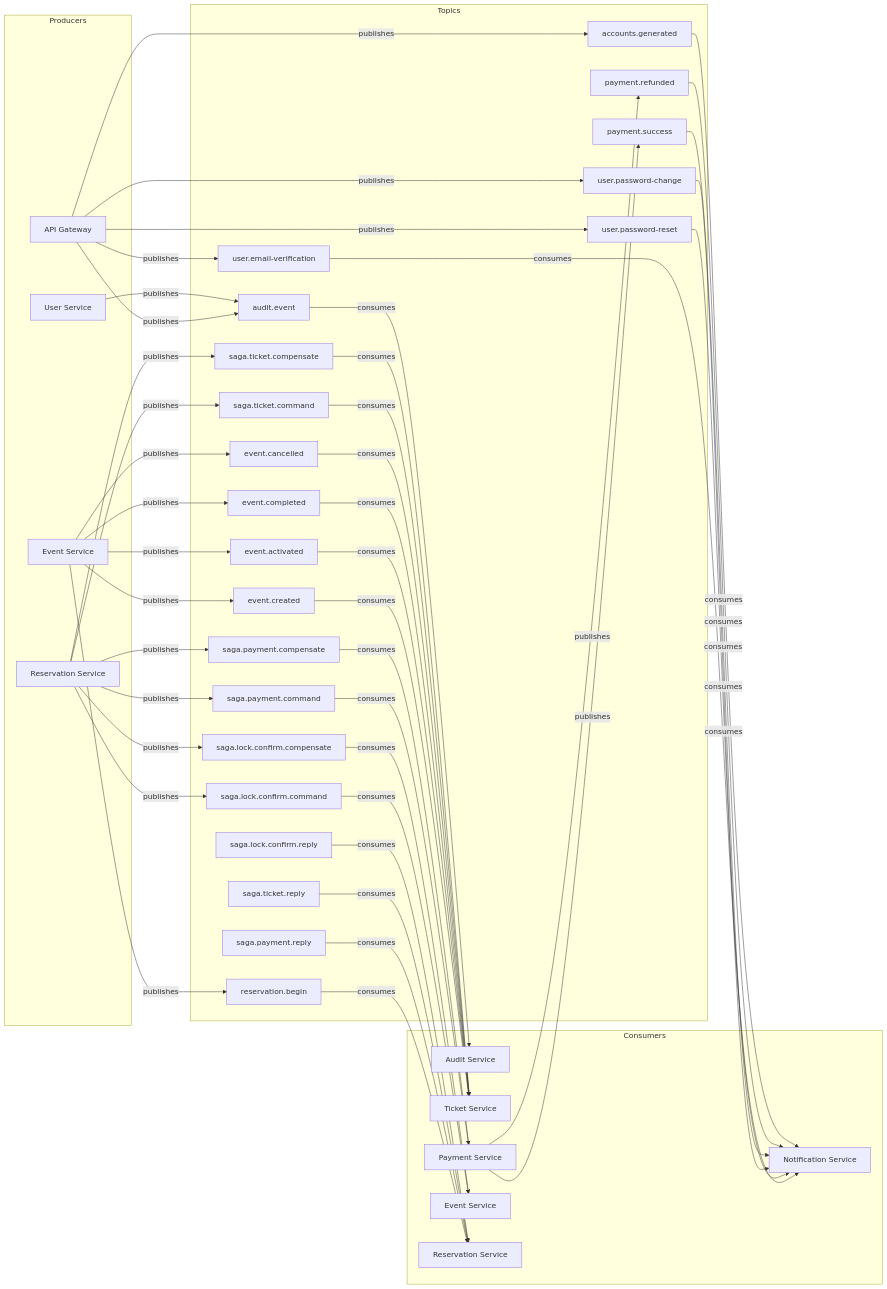
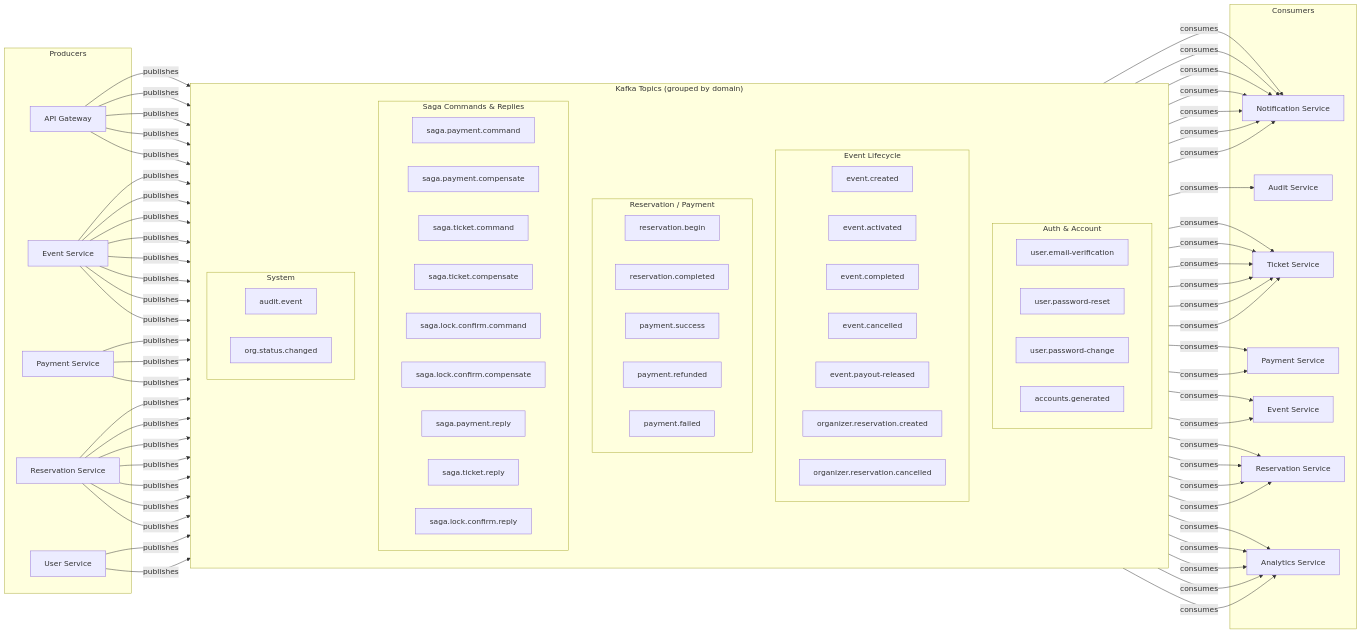
The second of 2 diagrams in docs/architecture/system-architecture.md (Ticket-Souq/TicketSouq), drawn with Mermaid before and after one commit. The commit also changed other lines of this file and 23 other files, not shown here.

````diff
--- a/docs/architecture/system-architecture.md
+++ b/docs/architecture/system-architecture.md
@@ -83,30 +86,53 @@
     US_P["User Service"]
     ES_P["Event Service"]
     RS_P["Reservation Service"]
+    PS_P["Payment Service"]
   end
 
-  subgraph Topics
-    T1["user.email-verification"]
-    T2["user.password-reset"]
-    T3["user.password-change"]
-    T4["accounts.generated"]
-    T5["event.created"]
-    T6["event.activated"]
-    T7["event.completed"]
-    T8["event.cancelled"]
-    T9["payment.success"]
-    T10["payment.refunded"]
-    T11["reservation.begin"]
-    T12["saga.payment.command"]
-    T13["saga.payment.reply"]
-    T14["saga.payment.compensate"]
-    T15["saga.ticket.command"]
-    T16["saga.ticket.reply"]
-    T17["saga.ticket.compensate"]
-    T18["saga.lock.confirm.command"]
-    T19["saga.lock.confirm.compensate"]
-    T20["saga.lock.confirm.reply"]
-    T21["audit.event"]
+  subgraph Topics["Kafka Topics (grouped by domain)"]
+    direction TB
+    subgraph AUTH["Auth & Account"]
+      direction LR
+      T1["user.email-verification"]
+      T2["user.password-reset"]
+      T3["user.password-change"]
+      T4["accounts.generated"]
+    end
+    subgraph EVT["Event Lifecycle"]
+      direction LR
+      T5["event.created"]
+      T6["event.activated"]
+      T7["event.completed"]
+      T8["event.cancelled"]
+      T22["event.payout-released"]
+      T25["organizer.reservation.created"]
+      T26["organizer.reservation.cancelled"]
+    end
+    subgraph SAGA["Reservation / Payment"]
+      direction LR
+      T11["reservation.begin"]
+      T24["reservation.completed"]
+      T9["payment.success"]
+      T10["payment.refunded"]
+      T23["payment.failed"]
+    end
+    subgraph CMD["Saga Commands & Replies"]
+      direction LR
+      T12["saga.payment.command"]
+      T14["saga.payment.compensate"]
+      T15["saga.ticket.command"]
+      T17["saga.ticket.compensate"]
+      T18["saga.lock.confirm.command"]
+      T19["saga.lock.confirm.compensate"]
+      T13["saga.payment.reply"]
+      T16["saga.ticket.reply"]
+      T20["saga.lock.confirm.reply"]
+    end
+    subgraph SYS["System"]
+      direction LR
+      T21["audit.event"]
+      T27["org.status.changed"]
+    end
   end
 
   subgraph Consumers
@@ -116,59 +142,67 @@
     PS_C["Payment Service"]
     ES_C["Event Service"]
     RS_C["Reservation Service"]
+    AnS_C["Analytics Service"]
   end
 
-  %% Source: shared-module/src/main/java/.../Constants/TOPIC_NAMES.java:9
+  %% Source: shared-module/src/main/java/.../Constants/TOPIC_NAMES.java:9-12
   GW_P -->|publishes| T1
-  %% Source: shared-module/src/main/java/.../Constants/TOPIC_NAMES.java:10
   GW_P -->|publishes| T2
-  %% Source: shared-module/src/main/java/.../Constants/TOPIC_NAMES.java:11
   GW_P -->|publishes| T3
-  %% Source: shared-module/src/main/java/.../Constants/TOPIC_NAMES.java:12
   GW_P -->|publishes| T4
-  %% Source: api-gateway/src/main/java/.../event/AuthEventPublisher.java:27-28
+  %% Source: api-gateway/src/main/java/.../service/AuthService.java:453 (outbox)
   GW_P -->|publishes| T21
 
-  %% Source: shared-module/src/main/java/.../Constants/TOPIC_NAMES.java:15
+  %% Source: shared-module/src/main/java/.../Constants/TOPIC_NAMES.java:15-19
   ES_P -->|publishes| T5
-  %% Source: shared-module/src/main/java/.../Constants/TOPIC_NAMES.java:16
   ES_P -->|publishes| T6
-  %% Source: shared-module/src/main/java/.../Constants/TOPIC_NAMES.java:17
   ES_P -->|publishes| T7
-  %% Source: shared-module/src/main/java/.../Constants/TOPIC_NAMES.java:19
   ES_P -->|publishes| T8
-  %% Source: event-service/src/main/java/.../event/EventEventPublisher.java:31-32
+  %% Source: event-service/src/main/java/.../service/EventService.java:195,206 (outbox)
+  ES_P -->|publishes| T22
+  %% Source: event-service/src/main/java/.../service/LockService.java:263,291 (outbox)
   ES_P -->|publishes| T11
+  %% Source: event-service/src/main/java/.../service/EventService.java:101-102 (outbox)
+  ES_P -->|publishes| T25
+  %% Source: event-service/src/main/java/.../service/EventService.java:227 (outbox)
+  ES_P -->|publishes| T26
 
-  %% Source: shared-module/src/main/java/.../Constants/TOPIC_NAMES.java:22
-  PS_C -->|publishes| T9
-  %% Source: shared-module/src/main/java/.../Constants/TOPIC_NAMES.java:24
-  PS_C -->|publishes| T10
+  %% Source: shared-module/src/main/java/.../Constants/TOPIC_NAMES.java:22-24
+  PS_P -->|publishes| T9
+  %% Source: payment-service/src/main/java/.../service/PaymentService.java:119 (outbox)
+  PS_P -->|publishes| T23
+  PS_P -->|publishes| T10
 
-  %% Source: shared-module/src/main/java/.../Constants/TOPIC_NAMES.java:28-38
+  %% Source: shared-module/src/main/java/.../Constants/TOPIC_NAMES.java:27-39
   RS_P -->|publishes| T12
   RS_P -->|publishes| T14
   RS_P -->|publishes| T15
   RS_P -->|publishes| T17
   RS_P -->|publishes| T18
   RS_P -->|publishes| T19
+  %% Source: reservation-service/src/main/java/.../core/SagaOrchestrator.java:292-303 (outbox)
+  RS_P -->|publishes| T24
 
-  %% Source: user-service/src/main/java/.../event/UserEventPublisher.java:24-25
+  %% Source: user-service/src/main/java/.../service/OrganizationService.java:42-45 (outbox)
   US_P -->|publishes| T21
+  %% Source: user-service/src/main/java/.../service/OrganizationService.java:47-53 (outbox)
+  US_P -->|publishes| T27
 
   %% Consumers
-  %% Source: notification-service/src/main/java/.../event/NotificationEventConsumer.java:24
+  %% Source: notification-service/src/main/java/.../event/NotificationEventConsumer.java:47
   T1 -->|consumes| NS_C
-  %% Source: notification-service/src/main/java/.../event/NotificationEventConsumer.java:36
+  %% Source: notification-service/src/main/java/.../event/NotificationEventConsumer.java:37
   T2 -->|consumes| NS_C
-  %% Source: notification-service/src/main/java/.../event/NotificationEventConsumer.java:41
+  %% Source: notification-service/src/main/java/.../event/NotificationEventConsumer.java:42
   T3 -->|consumes| NS_C
-  %% Source: notification-service/src/main/java/.../event/NotificationEventConsumer.java:30
-  T9 -->|consumes| NS_C
-  %% Source: notification-service/src/main/java/.../event/NotificationEventConsumer.java:24
+  %% Source: notification-service/src/main/java/.../event/NotificationEventConsumer.java:25
   T10 -->|consumes| NS_C
-  %% Source: notification-service/src/main/java/.../event/NotificationEventConsumer.java:51
+  %% Source: notification-service/src/main/java/.../event/NotificationEventConsumer.java:31
+  T24 -->|consumes| NS_C
+  %% Source: notification-service/src/main/java/.../event/NotificationEventConsumer.java:52
   T4 -->|consumes| NS_C
+  %% Source: notification-service/src/main/java/.../event/NotificationEventConsumer.java:57
+  T27 -->|consumes| NS_C
 
   %% Source: audit-service/src/main/java/.../consumer/AuditEventConsumer.java:20
   T21 -->|consumes| AS_C
@@ -186,22 +220,28 @@
   %% Source: ticket-service/src/main/java/.../listener/SagaTicketCompensateConsumer.java:21
   T17 -->|consumes| TS_C
 
-  %% Source: payment-service/src/main/java/.../listener/SagaPaymentCommandConsumer.java:33
+  %% Source: payment-service/src/main/java/.../listener/SagaPaymentCommandConsumer.java:34
   T12 -->|consumes| PS_C
   %% Source: payment-service/src/main/java/.../listener/SagaPaymentCompensateConsumer.java:25
   T14 -->|consumes| PS_C
 
-  %% Source: event-service/src/main/java/.../event/EventEventConsumer.java:27
+  %% Source: event-service/src/main/java/.../event/EventEventConsumer.java:28
   T18 -->|consumes| ES_C
-  %% Source: event-service/src/main/java/.../event/EventEventConsumer.java:39
+  %% Source: event-service/src/main/java/.../event/EventEventConsumer.java:40
   T19 -->|consumes| ES_C
   %% Source: reservation-service/src/main/java/.../event/SagaReplyConsumer.java:31
   T11 -->|consumes| RS_C
-
   %% Source: reservation-service/src/main/java/.../event/SagaReplyConsumer.java:41
   T13 -->|consumes| RS_C
   %% Source: reservation-service/src/main/java/.../event/SagaReplyConsumer.java:52
   T16 -->|consumes| RS_C
   %% Source: reservation-service/src/main/java/.../event/SagaReplyConsumer.java:63
   T20 -->|consumes| RS_C
+
+  %% Source: analytics-service/src/main/java/.../consumer/AnalyticsEventConsumer.java:22,28,34,40,46
+  T5 -->|consumes| AnS_C
+  T6 -->|consumes| AnS_C
+  T7 -->|consumes| AnS_C
+  T8 -->|consumes| AnS_C
+  T24 -->|consumes| AnS_C
 ```
````
